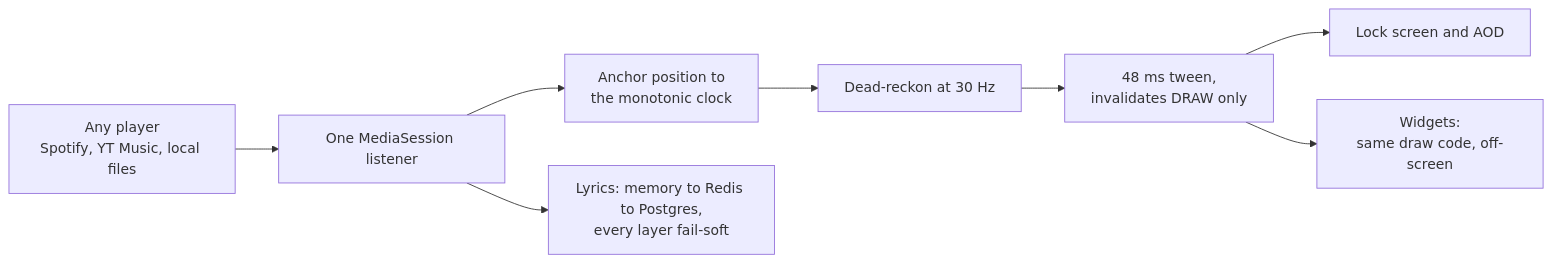
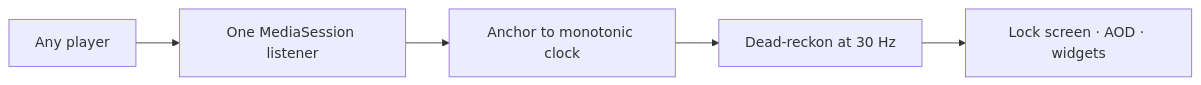
Before and after one commit to parthahere001/parthahere001: the diagram in README.md, drawn with Mermaid. The commit also changed other lines of this file, not shown here.

````diff
--- a/README.md
+++ b/README.md
@@ -51,10 +38,7 @@
 ```mermaid
 flowchart LR
-  P["Any player<br/>Spotify, YT Music, local files"] --> L["One MediaSession listener"]
-  L --> A["Anchor position to<br/>the monotonic clock"]
+  P["Any player"] --> L["One MediaSession listener"]
+  L --> A["Anchor to monotonic clock"]
   A --> D["Dead-reckon at 30 Hz"]
-  D --> F["48 ms tween,<br/>invalidates DRAW only"]
-  F --> S["Lock screen and AOD"]
-  F --> W["Widgets:<br/>same draw code, off-screen"]
-  L --> R["Lyrics: memory to Redis to Postgres,<br/>every layer fail-soft"]
+  D --> S["Lock screen · AOD · widgets"]
 ```
````
